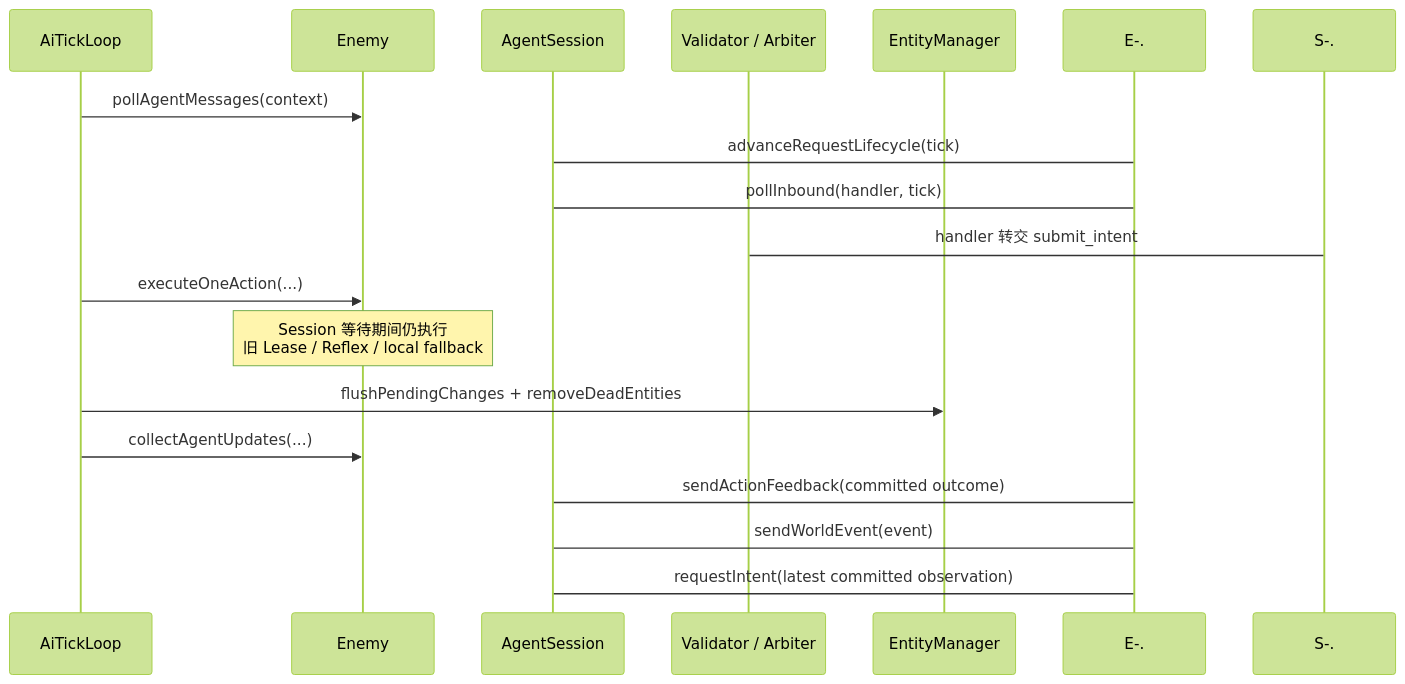
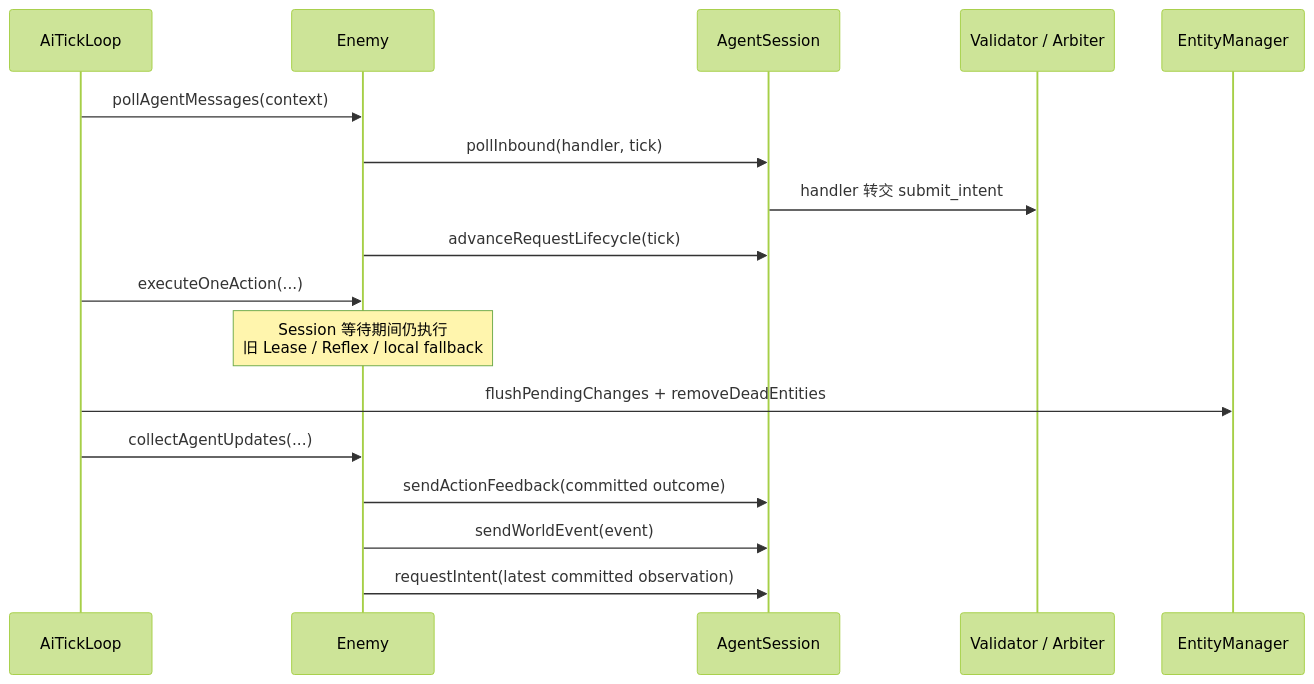
Before and after one commit to ericdonno/cs61b-std: diagram 12 of 12 in proj2/session.md, drawn with Mermaid (forest theme). The commit also changed other lines of this file and 30 other files, not shown here.

Commit message:
Refactor DungeonMind architecture and remove legacy code

````diff
--- a/proj2/session.md
+++ b/proj2/session.md
@@ -872,23 +829,23 @@
 ```mermaid
 sequenceDiagram
     participant G as AiTickLoop
     participant E as Enemy
     participant S as AgentSession
     participant V as Validator / Arbiter
     participant M as EntityManager
 
     G->>E: pollAgentMessages(context)
-    E-.->S: advanceRequestLifecycle(tick)
-    E-.->S: pollInbound(handler, tick)
-    S-.->V: handler 转交 submit_intent
+    E->>S: pollInbound(handler, tick)
+    S->>V: handler 转交 submit_intent
+    E->>S: advanceRequestLifecycle(tick)
 
     G->>E: executeOneAction(...)
     Note over E: Session 等待期间仍执行<br/>旧 Lease / Reflex / local fallback
 
     G->>M: flushPendingChanges + removeDeadEntities
 
     G->>E: collectAgentUpdates(...)
-    E-.->S: sendActionFeedback(committed outcome)
-    E-.->S: sendWorldEvent(event)
-    E-.->S: requestIntent(latest committed observation)
+    E->>S: sendActionFeedback(committed outcome)
+    E->>S: sendWorldEvent(event)
+    E->>S: requestIntent(latest committed observation)
 ```
````
